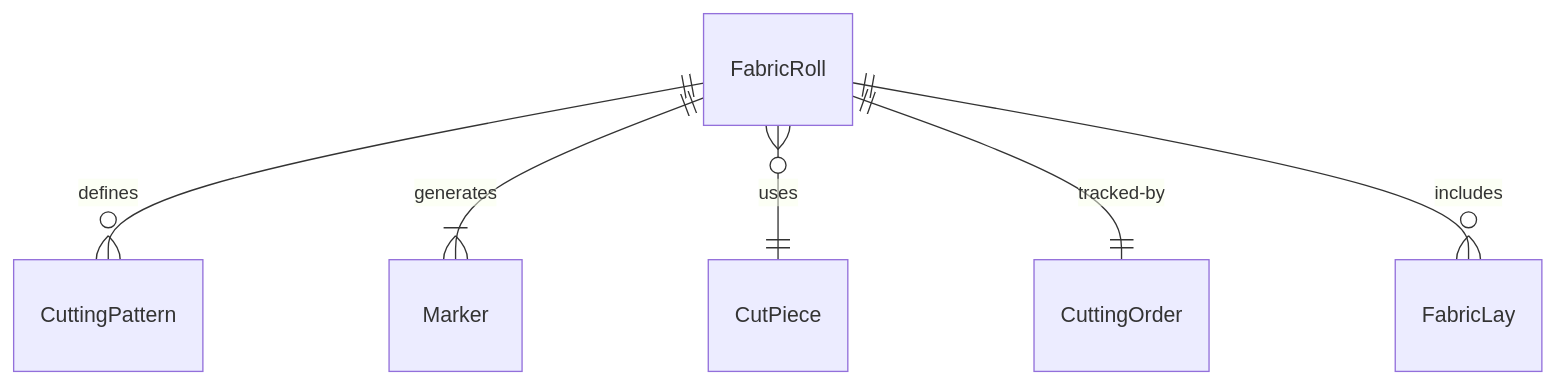
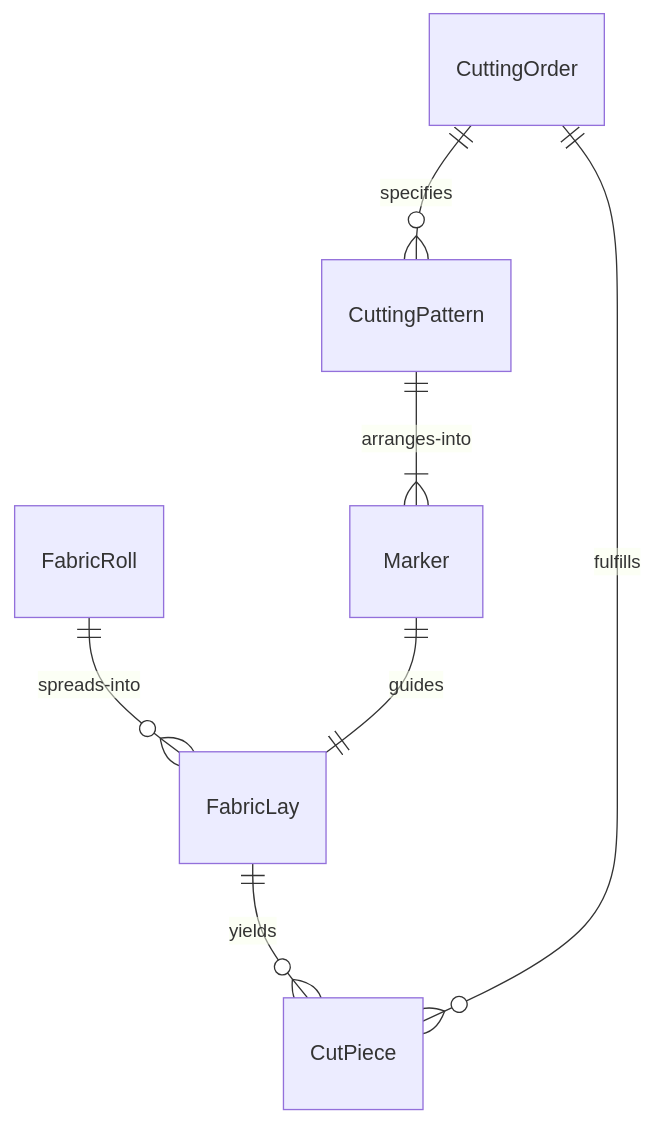
Before and after one commit to dot-org-ai/tasks.org.ai: the first of 4 diagrams in HandlingAndMovingObjects/CutMaterials/CutFabrics.mdx, drawn with Mermaid. The commit also changed other lines of this file and 515 other files, not shown here.

````diff
--- a/HandlingAndMovingObjects/CutMaterials/CutFabrics.mdx
+++ b/HandlingAndMovingObjects/CutMaterials/CutFabrics.mdx
@@ -87,8 +87,9 @@
 ```mermaid
 erDiagram
-    FabricRoll ||--o{ CuttingPattern : "defines"
-    FabricRoll ||--|{ Marker : "generates"
-    FabricRoll }o--|| CutPiece : "uses"
-    FabricRoll ||--|| CuttingOrder : "tracked-by"
-    FabricRoll ||--o{ FabricLay : "includes"
+    CuttingOrder ||--o{ CuttingPattern : "specifies"
+    CuttingPattern ||--|{ Marker : "arranges-into"
+    FabricRoll ||--o{ FabricLay : "spreads-into"
+    FabricLay ||--o{ CutPiece : "yields"
+    Marker ||--|| FabricLay : "guides"
+    CutPiece }o--|| CuttingOrder : "fulfills"
 ```
````
